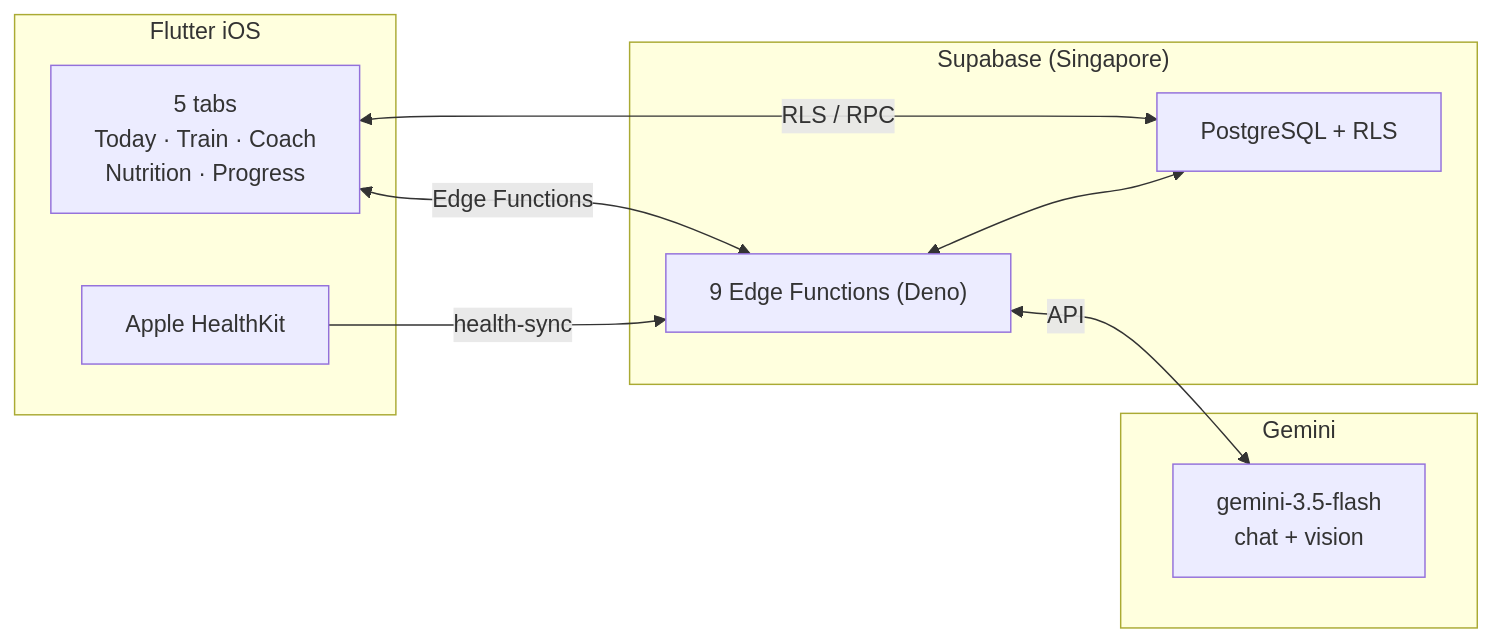
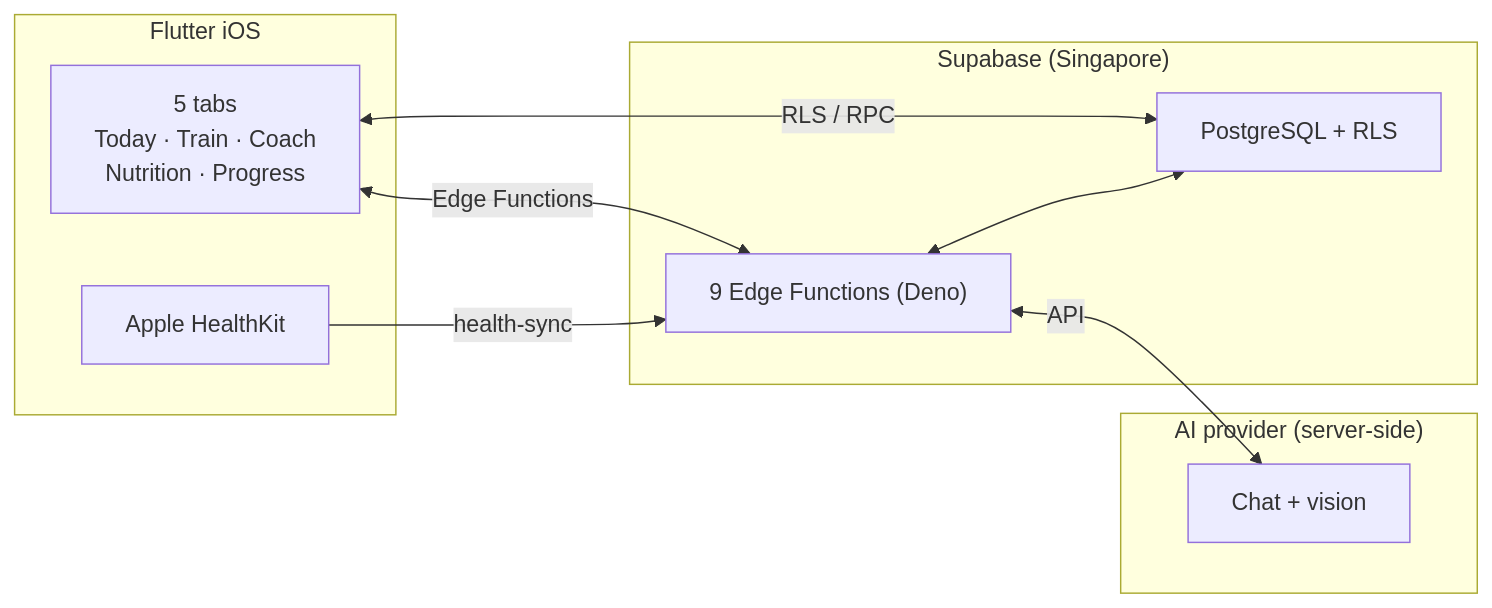
Before and after one commit to PurnaJear06/Tracend: the diagram in README.md, drawn with Mermaid. The commit also changed other lines of this file and 23 other files, not shown here.

````diff
--- a/README.md
+++ b/README.md
@@ -98,19 +132,19 @@
 ```mermaid
 flowchart LR
   subgraph Client["Flutter iOS"]
     UI["5 tabs<br/>Today · Train · Coach<br/>Nutrition · Progress"]
     HK["Apple HealthKit"]
   end
   subgraph Supabase["Supabase (Singapore)"]
     DB["PostgreSQL + RLS"]
     EF["9 Edge Functions (Deno)"]
   end
-  subgraph AI["Gemini"]
-    FL["gemini-3.5-flash<br/>chat + vision"]
+  subgraph AI["AI provider (server-side)"]
+    FL["Chat + vision"]
   end
   UI <-->|RLS / RPC| DB
   UI <-->|Edge Functions| EF
   HK -->|health-sync| EF
   EF <-->|API| FL
   EF <--> DB
 ```
````
